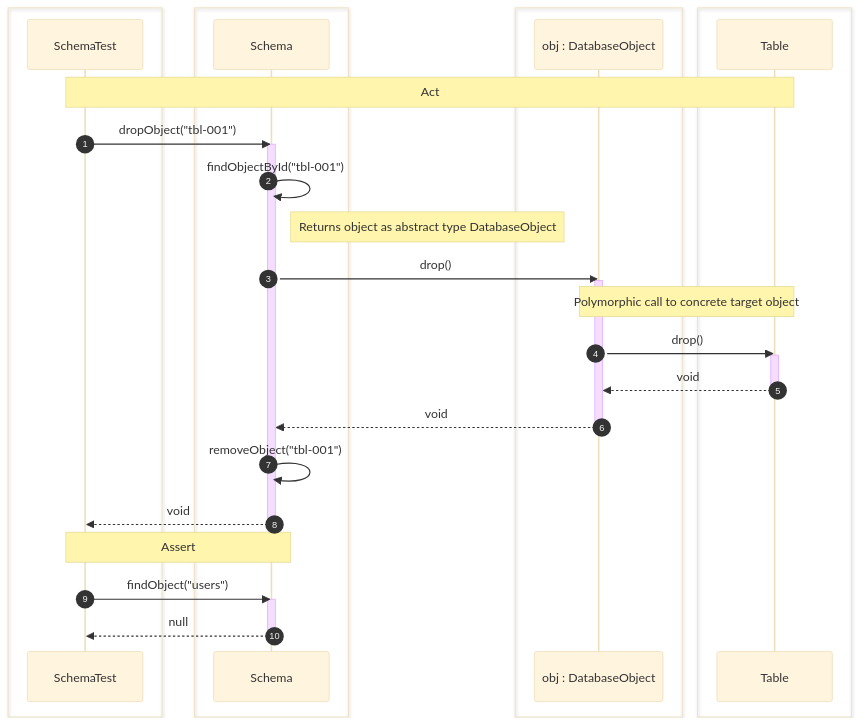
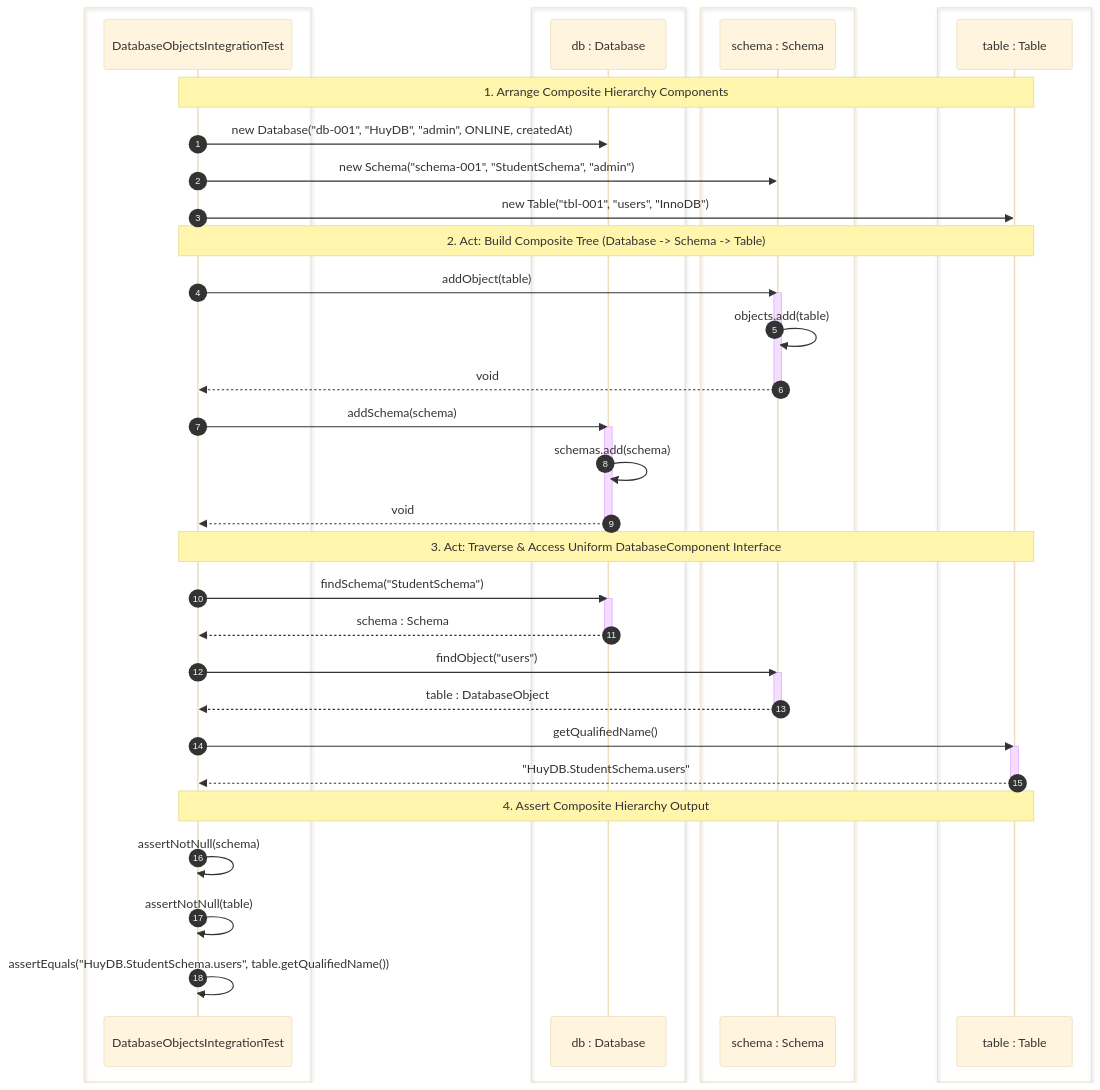
One commit to Huy1801214/dbms-architecture changed the second of 12 diagrams in docs/pattern/design-pattern.md. Above: the diagram before and after it, drawn with Mermaid (base theme). The commit also changed other lines of this file and 6 other files, not shown here.

Commit message:
implement Database Object Hierarchy and Lifecycle Management using Composite Pattern

````diff
--- a/docs/pattern/design-pattern.md
+++ b/docs/pattern/design-pattern.md
@@ -119,48 +168,58 @@
 ```mermaid
 sequenceDiagram
     autonumber
     box #e1f5fe Client / Test Suite
-    participant Test as SchemaTest
+    participant Test as DatabaseObjectsIntegrationTest
     end
 
-    box #e3f2fd Composite Container
-    participant S as Schema
+    box #e3f2fd Composite Root (Database)
+    participant DB as db : Database
     end
 
-    box #fff3e0 Component Abstraction
-    participant O as obj : DatabaseObject
+    box #fff3e0 Composite Child (Schema)
+    participant S as schema : Schema
     end
 
-    box #e8f5e9 Concrete Leaf
-    participant T as Table
+    box #e8f5e9 Leaf Component (Table)
+    participant T as table : Table
     end
 
-    Note over Test,T: Act
+    Note over Test,T: 1. Arrange Composite Hierarchy Components
+    Test->>DB: new Database("db-001", "HuyDB", "admin", ONLINE, createdAt)
+    Test->>S: new Schema("schema-001", "StudentSchema", "admin")
+    Test->>T: new Table("tbl-001", "users", "InnoDB")
 
-    Test->>S: dropObject("tbl-001")
+    Note over Test,T: 2. Act: Build Composite Tree (Database -> Schema -> Table)
+    Test->>S: addObject(table)
     activate S
-
-    S->>S: findObjectById("tbl-001")
-    note right of S: Returns object as abstract type DatabaseObject
-
-    S->>O: drop()
-    activate O
-    note over O,T: Polymorphic call to concrete target object
-    O->>T: drop()
-    activate T
-    T-->>O: void
-    deactivate T
-    O-->>S: void
-    deactivate O
-
-    S->>S: removeObject("tbl-001")
+    S->>S: objects.add(table)
     S-->>Test: void
     deactivate S
 
-    Note over Test,S: Assert
+    Test->>DB: addSchema(schema)
+    activate DB
+    DB->>DB: schemas.add(schema)
+    DB-->>Test: void
+    deactivate DB
+
+    Note over Test,T: 3. Act: Traverse & Access Uniform DatabaseComponent Interface
+    Test->>DB: findSchema("StudentSchema")
+    activate DB
+    DB-->>Test: schema : Schema
+    deactivate DB
+
     Test->>S: findObject("users")
     activate S
-    S-->>Test: null
+    S-->>Test: table : DatabaseObject
     deactivate S
 
+    Test->>T: getQualifiedName()
+    activate T
+    T-->>Test: "HuyDB.StudentSchema.users"
+    deactivate T
+
+    Note over Test,T: 4. Assert Composite Hierarchy Output
+    Test->>Test: assertNotNull(schema)
+    Test->>Test: assertNotNull(table)
+    Test->>Test: assertEquals("HuyDB.StudentSchema.users", table.getQualifiedName())
 ```
````
